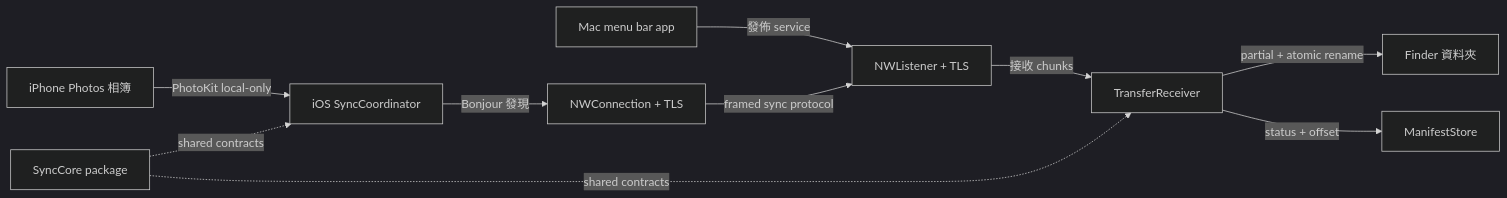
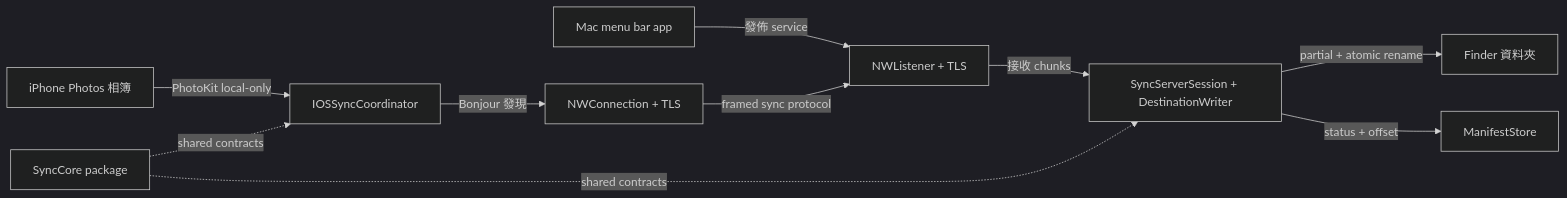
The first of 2 diagrams in docs/specs/2026-07-19-local-album-sync-design.md (BizShuk/iphone_sync), drawn with Mermaid (dark theme) before and after one commit. The commit also changed other lines of this file and 32 other files, not shown here.

Commit message:
feat: finalize local album sync mvp

````diff
--- a/docs/specs/2026-07-19-local-album-sync-design.md
+++ b/docs/specs/2026-07-19-local-album-sync-design.md
@@ -38,12 +38,12 @@
 ```mermaid
 flowchart LR
-    A["iPhone Photos 相簿"] -->|"PhotoKit local-only"| B["iOS SyncCoordinator"]
+    A["iPhone Photos 相簿"] -->|"PhotoKit local-only"| B["IOSSyncCoordinator"]
     B -->|"Bonjour 發現"| C["NWConnection + TLS"]
     D["Mac menu bar app"] -->|"發佈 service"| E["NWListener + TLS"]
     C -->|"framed sync protocol"| E
-    E -->|"接收 chunks"| F["TransferReceiver"]
+    E -->|"接收 chunks"| F["SyncServerSession + DestinationWriter"]
     F -->|"partial + atomic rename"| G["Finder 資料夾"]
     F -->|"status + offset"| H["ManifestStore"]
     I["SyncCore package"] -.->|"shared contracts"| B
     I -.->|"shared contracts"| F
 ```
````
